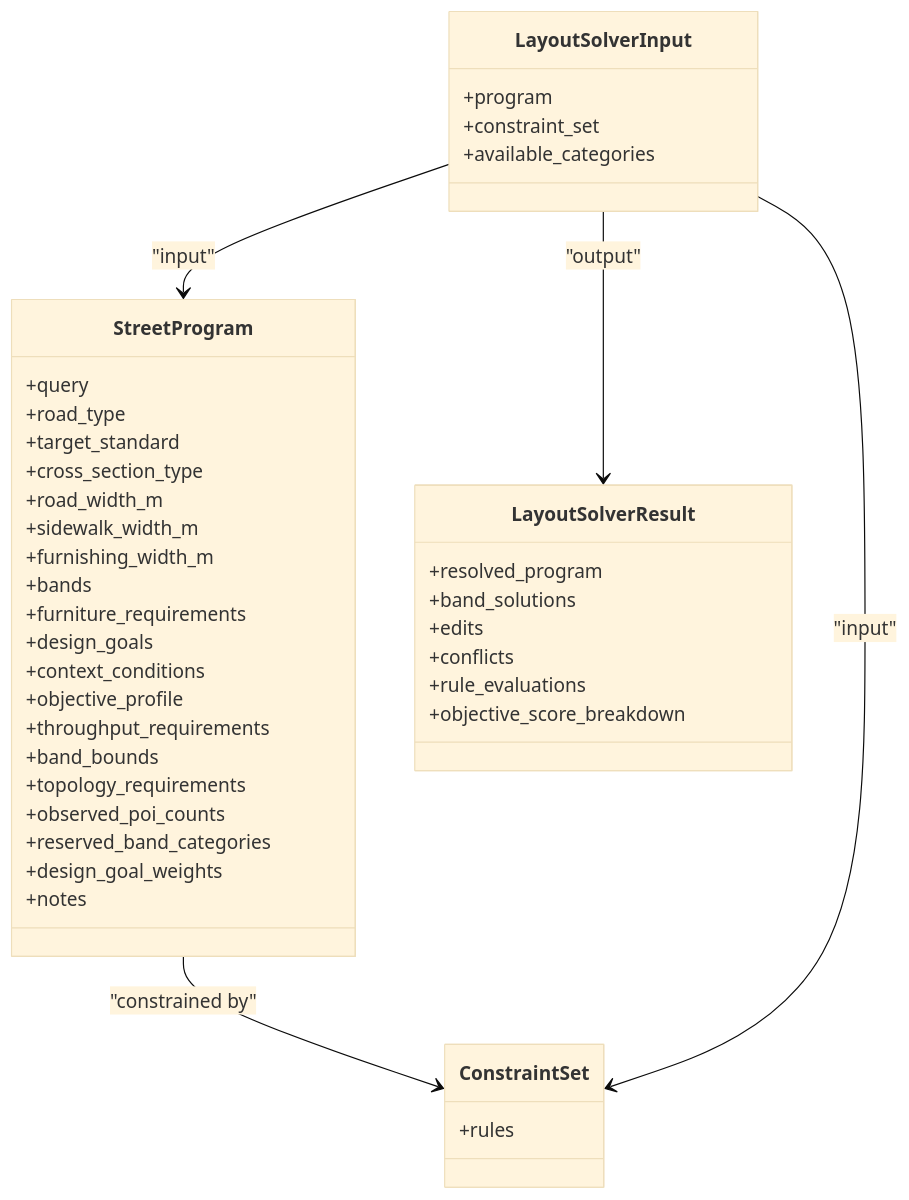
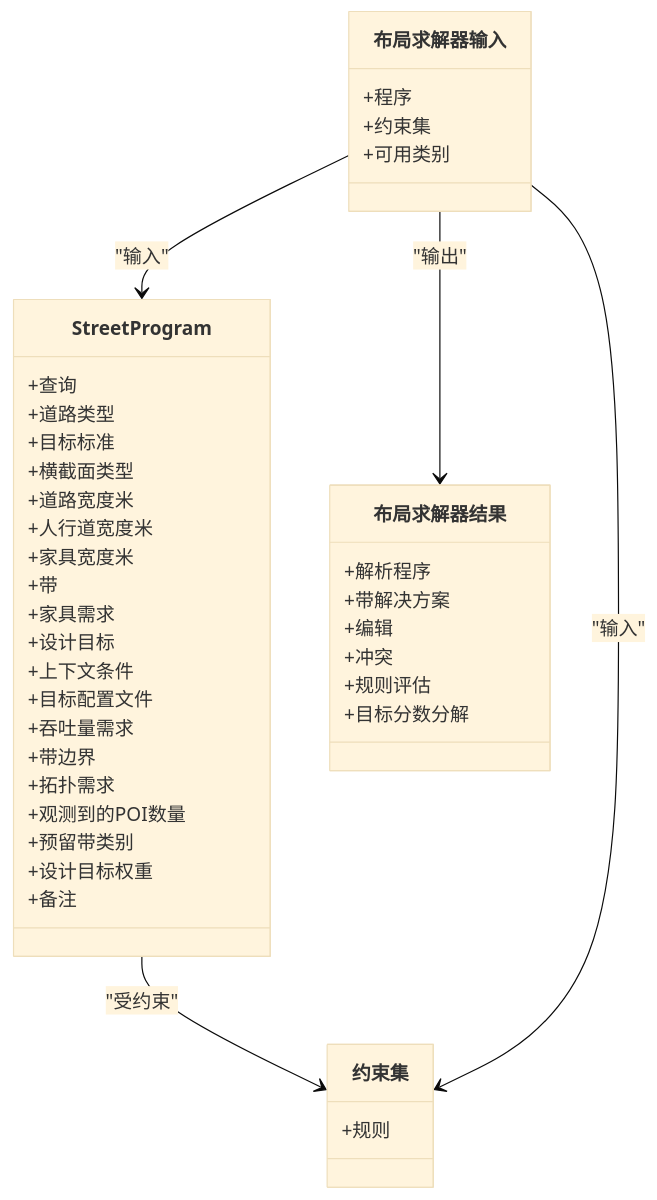
One commit to wsqstar/RoadGen3D changed the third of 6 diagrams in .qoder/repowiki/zh/content/项目概述/项目概述.md. Above: the diagram before and after it, drawn with Mermaid (base theme). The commit also changed other lines of this file and 10 other files, not shown here.

First line of the commit message:
docs(architecture): update system architecture with OSM and POI integration

````diff
--- a/.qoder/repowiki/zh/content/项目概述/项目概述.md
+++ b/.qoder/repowiki/zh/content/项目概述/项目概述.md
@@ -263,44 +257,44 @@
 ```mermaid
 classDiagram
 class StreetProgram {
-+query
-+road_type
-+target_standard
-+cross_section_type
-+road_width_m
-+sidewalk_width_m
-+furnishing_width_m
-+bands
-+furniture_requirements
-+design_goals
-+context_conditions
-+objective_profile
-+throughput_requirements
-+band_bounds
-+topology_requirements
-+observed_poi_counts
-+reserved_band_categories
-+design_goal_weights
-+notes
++查询
++道路类型
++目标标准
++横截面类型
++道路宽度米
++人行道宽度米
++家具宽度米
++带
++家具需求
++设计目标
++上下文条件
++目标配置文件
++吞吐量需求
++带边界
++拓扑需求
++观测到的POI数量
++预留带类别
++设计目标权重
++备注
 }
-class ConstraintSet {
-+rules
+class 约束集 {
++规则
 }
-class LayoutSolverInput {
-+program
-+constraint_set
-+available_categories
+class 布局求解器输入 {
++程序
++约束集
++可用类别
 }
-class LayoutSolverResult {
-+resolved_program
-+band_solutions
-+edits
-+conflicts
-+rule_evaluations
-+objective_score_breakdown
+class 布局求解器结果 {
++解析程序
++带解决方案
++编辑
++冲突
++规则评估
++目标分数分解
 }
-StreetProgram --> ConstraintSet : "constrained by"
-LayoutSolverInput --> StreetProgram : "input"
-LayoutSolverInput --> ConstraintSet : "input"
-LayoutSolverInput --> LayoutSolverResult : "output"
+StreetProgram --> 约束集 : "受约束"
+布局求解器输入 --> StreetProgram : "输入"
+布局求解器输入 --> 约束集 : "输入"
+布局求解器输入 --> 布局求解器结果 : "输出"
 ```
````
